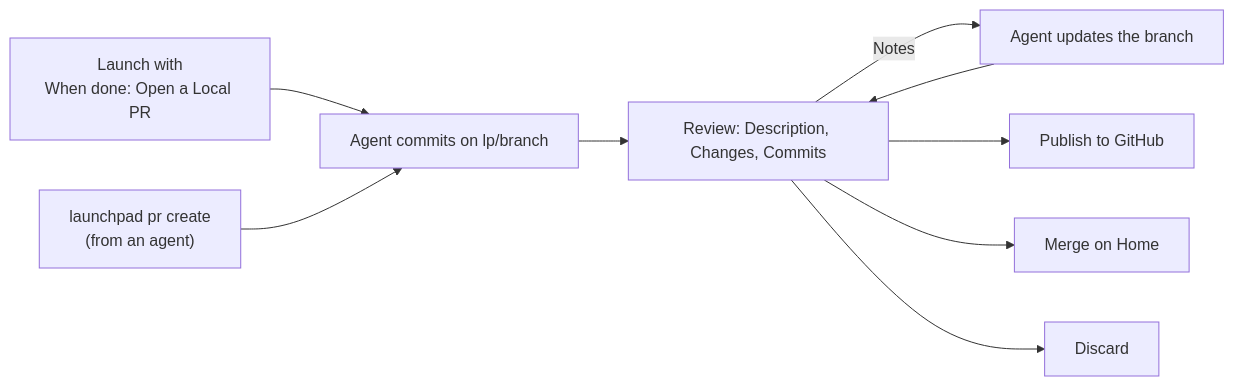
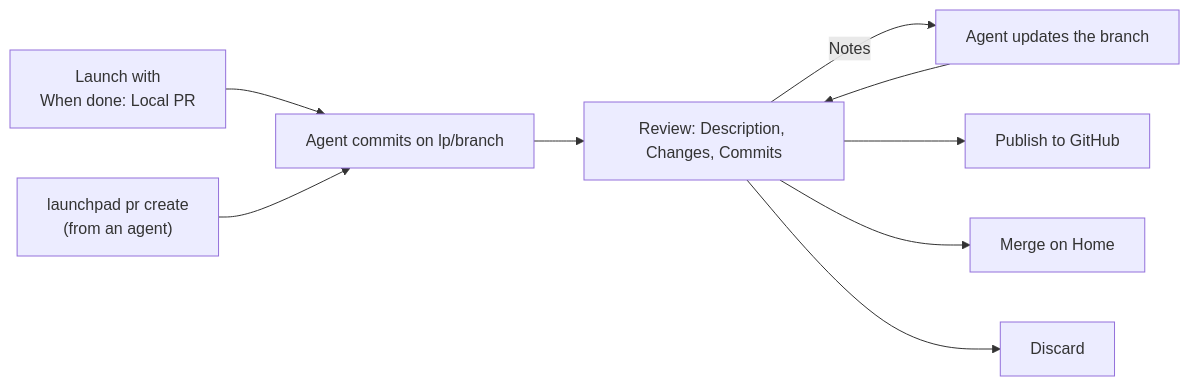
Before and after one commit to Wauplin/launchpad: the diagram in docs/github.md, drawn with Mermaid. The commit also changed other lines of this file and 28 other files, not shown here.

````diff
--- a/docs/github.md
+++ b/docs/github.md
@@ -69,11 +69,11 @@
 ```mermaid
 flowchart LR
-    A["Launch with<br/>When done: Open a Local PR"] --> B[Agent commits on lp/branch]
+    A["Launch with<br/>When done: Local PR"] --> B[Agent commits on lp/branch]
     C["launchpad pr create<br/>(from an agent)"] --> B
     B --> D[Review: Description, Changes, Commits]
     D -->|Notes| E[Agent updates the branch]
     E --> D
     D --> F[Publish to GitHub]
     D --> G[Merge on Home]
     D --> H[Discard]
 ```
````
